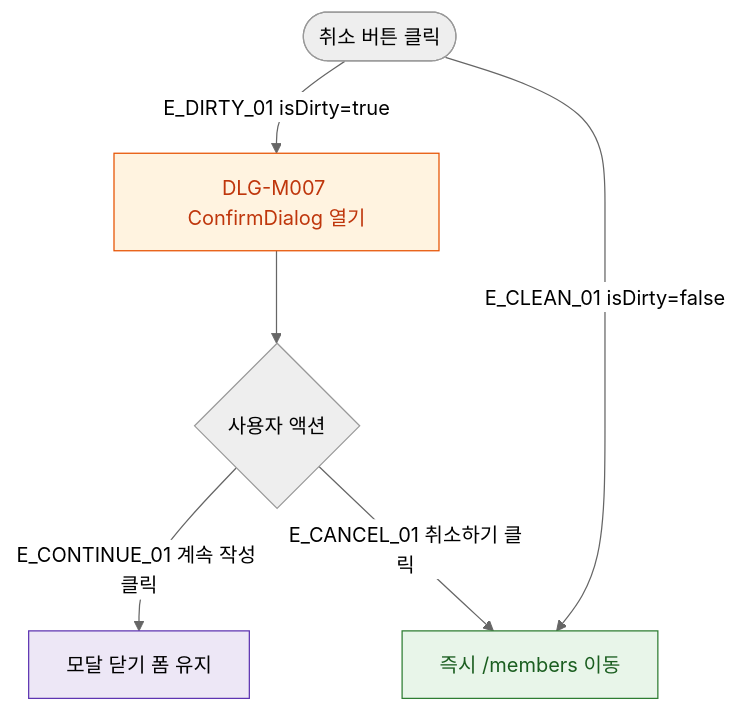
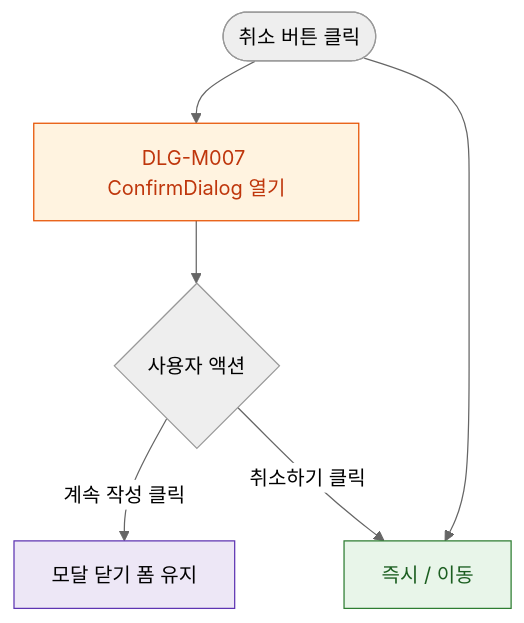
One commit to dev-spogym/admin-pando changed the diagram in docs/다이어그램/D02_회원관리/DLG/DLG-M007_취소확인/M1_생명주기.md. Above: the diagram before and after it, drawn with Mermaid (neutral theme). The commit also changed other lines of this file and 1660 other files, not shown here.

First line of the commit message:
다이어그램: 기획자/클라이언트 납품본으로 정리

````diff
--- a/docs/다이어그램/D02_회원관리/DLG/DLG-M007_취소확인/M1_생명주기.md
+++ b/docs/다이어그램/D02_회원관리/DLG/DLG-M007_취소확인/M1_생명주기.md
@@ -23,20 +21,20 @@
 ```mermaid
 flowchart TD
   TRIGGER([취소 버튼 클릭])
 
-  TRIGGER -->|E_DIRTY_01 isDirty=true| DLG_OPEN[DLG-M007 ConfirmDialog 열기]
-  TRIGGER -->|E_CLEAN_01 isDirty=false| NAVIGATE[즉시 /members 이동]
+  TRIGGER --> DLG_OPEN[DLG-M007 ConfirmDialog 열기]
+  TRIGGER --> NAVIGATE[즉시 / 이동]
 
   DLG_OPEN --> USER_ACT{사용자 액션}
 
-  USER_ACT -->|E_CONTINUE_01 계속 작성 클릭| CLOSE[모달 닫기 폼 유지]
-  USER_ACT -->|E_CANCEL_01 취소하기 클릭| NAVIGATE
+  USER_ACT -->|계속 작성 클릭|CLOSE[모달 닫기 폼 유지]
+  USER_ACT -->|취소하기 클릭|NAVIGATE
 
-  classDef modal   fill:#FFF3E0,stroke:#E65100,color:#BF360C
+  classDef modal fill:#FFF3E0,stroke:#E65100,color:#BF360C
   classDef success fill:#E8F5E9,stroke:#2E7D32,color:#1B5E20
-  classDef system  fill:#EDE7F6,stroke:#5E35B2
+  classDef system fill:#EDE7F6,stroke:#5E35B2
 
   class DLG_OPEN modal
   class NAVIGATE success
   class CLOSE system
 ```
````
